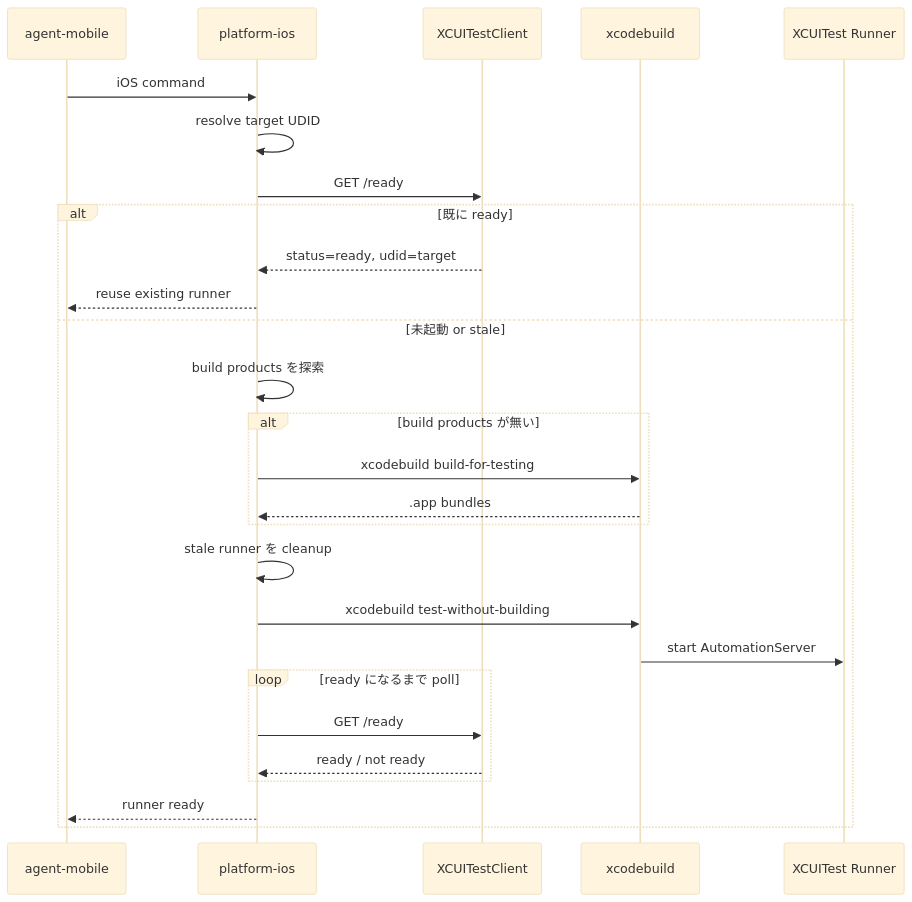
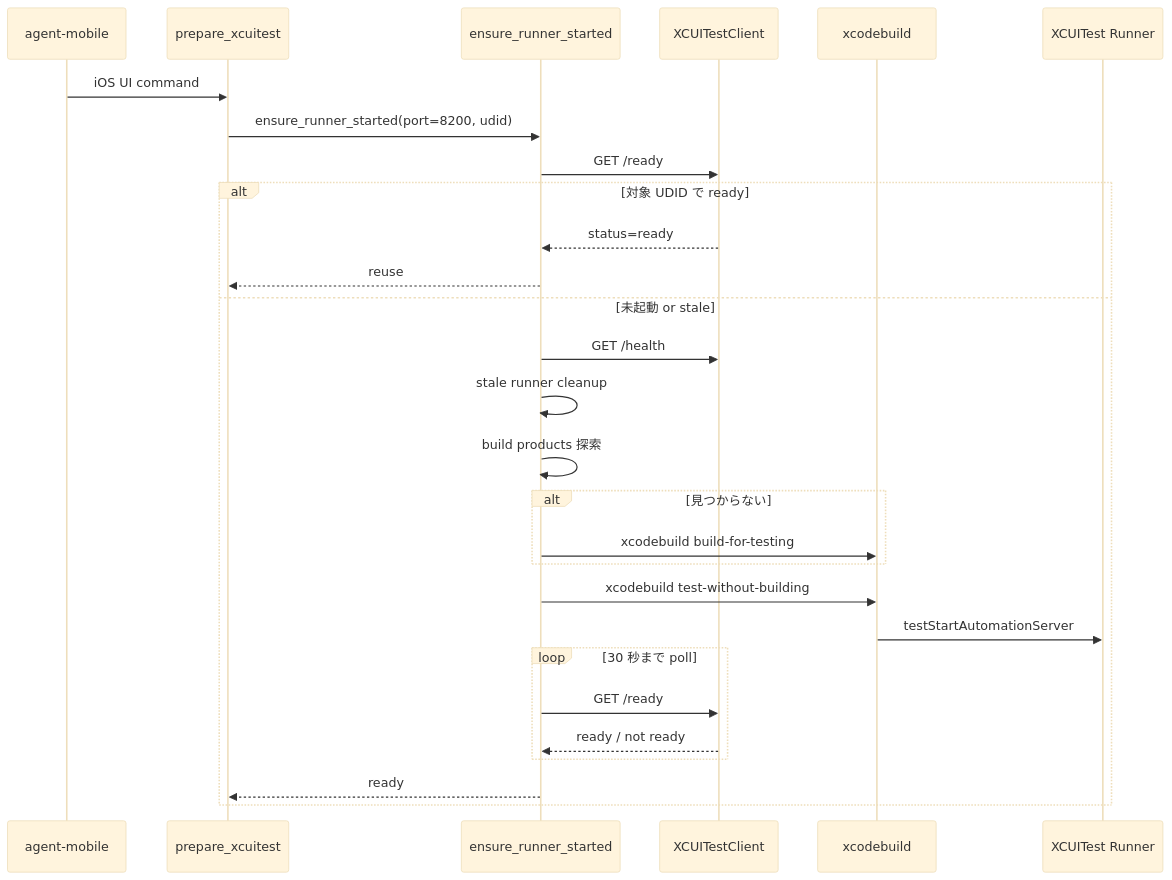
Before and after one commit to r0227n/agent-ios: the second of 4 diagrams in docs/ios-runner.ja.md, drawn with Mermaid (base theme). The commit also changed other lines of this file and 4 other files, not shown here.

Commit message:
Update ios-runner guide

````diff
--- a/docs/ios-runner.ja.md
+++ b/docs/ios-runner.ja.md
@@ -91,30 +82,31 @@
 ```mermaid
 sequenceDiagram
     participant CLI as agent-mobile
-    participant PI as platform-ios
-    participant HC as XCUITestClient
-    participant XD as xcodebuild
-    participant XR as XCUITest Runner
+    participant HELPER as prepare_xcuitest
+    participant RUNNER as ensure_runner_started
+    participant CLIENT as XCUITestClient
+    participant XCODE as xcodebuild
+    participant XCT as XCUITest Runner
 
-    CLI->>PI: iOS command
-    PI->>PI: resolve target UDID
-    PI->>HC: GET /ready
-    alt 既に ready
-        HC-->>PI: status=ready, udid=target
-        PI-->>CLI: reuse existing runner
+    CLI->>HELPER: iOS UI command
+    HELPER->>RUNNER: ensure_runner_started(port=8200, udid)
+    RUNNER->>CLIENT: GET /ready
+    alt 対象 UDID で ready
+        CLIENT-->>RUNNER: status=ready
+        RUNNER-->>HELPER: reuse
     else 未起動 or stale
-        PI->>PI: build products を探索
-        alt build products が無い
-            PI->>XD: xcodebuild build-for-testing
-            XD-->>PI: .app bundles
+        RUNNER->>CLIENT: GET /health
+        RUNNER->>RUNNER: stale runner cleanup
+        RUNNER->>RUNNER: build products 探索
+        alt 見つからない
+            RUNNER->>XCODE: xcodebuild build-for-testing
         end
-        PI->>PI: stale runner を cleanup
-        PI->>XD: xcodebuild test-without-building
-        XD->>XR: start AutomationServer
-        loop ready になるまで poll
-            PI->>HC: GET /ready
-            HC-->>PI: ready / not ready
+        RUNNER->>XCODE: xcodebuild test-without-building
+        XCODE->>XCT: testStartAutomationServer
+        loop 30 秒まで poll
+            RUNNER->>CLIENT: GET /ready
+            CLIENT-->>RUNNER: ready / not ready
         end
-        PI-->>CLI: runner ready
+        RUNNER-->>HELPER: ready
     end
 ```
````
